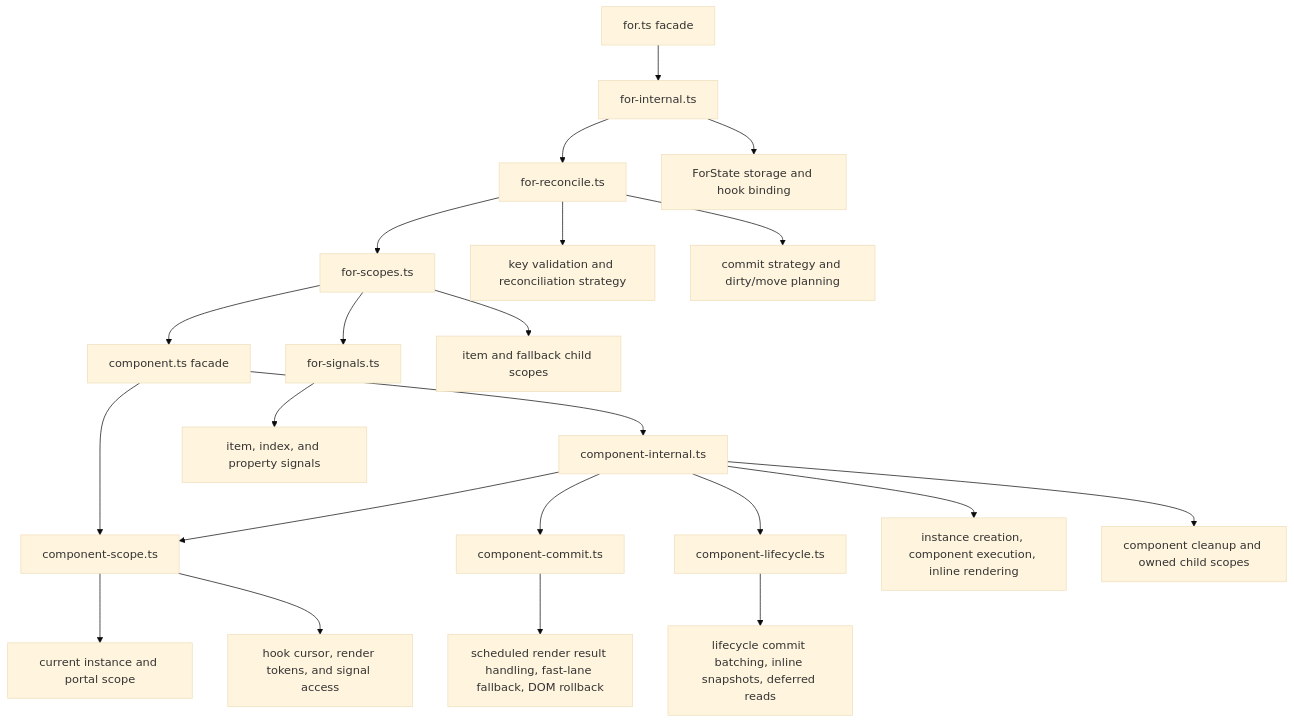
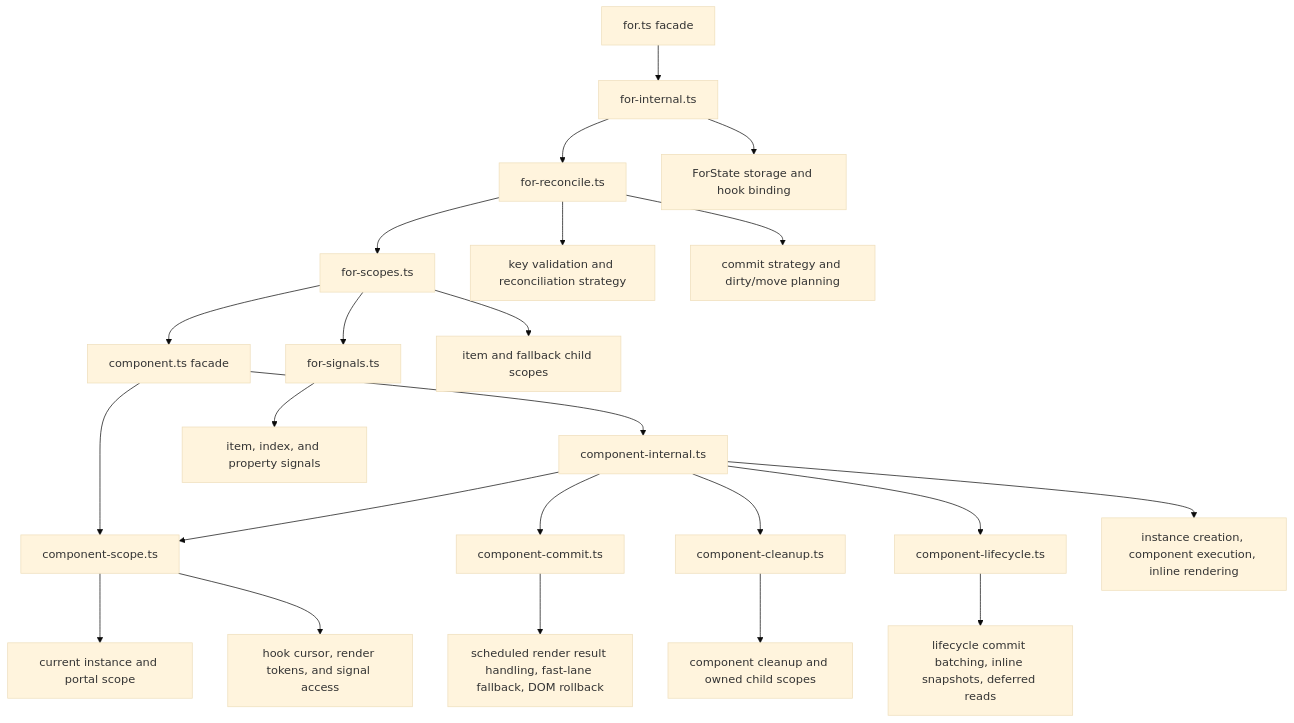
One commit to askrjs/askr changed the third of 7 diagrams in docs/internals/runtime-reactivity.md. Above: the diagram before and after it, drawn with Mermaid (base theme). The commit also changed other lines of this file and 4 other files, not shown here.

Commit message:
Split component cleanup ownership

````diff
--- a/docs/internals/runtime-reactivity.md
+++ b/docs/internals/runtime-reactivity.md
@@ -74,47 +74,49 @@
 ```mermaid
 flowchart TB
   componentFacade[component.ts facade]
   componentCore[component-internal.ts]
+  componentCleanup[component-cleanup.ts]
   componentScope[component-scope.ts]
   componentCommit[component-commit.ts]
   componentLifecycle[component-lifecycle.ts]
   current[current instance and portal scope]
   renderScope[hook cursor, render tokens, and signal access]
   scheduledCommit[scheduled render result handling, fast-lane fallback, DOM rollback]
   lifecycle[lifecycle commit batching, inline snapshots, deferred reads]
   render[instance creation, component execution, inline rendering]
   cleanup[component cleanup and owned child scopes]
 
   forFacade[for.ts facade]
   forCore[for-internal.ts]
   forReconcile[for-reconcile.ts]
   forScopes[for-scopes.ts]
   forSignals[for-signals.ts]
   forState[ForState storage and hook binding]
   itemSignals[item, index, and property signals]
   reconcile[key validation and reconciliation strategy]
   commitPlanning[commit strategy and dirty/move planning]
   scopeOwnership[item and fallback child scopes]
 
   componentFacade --> componentCore
   componentFacade --> componentScope
   componentCore --> componentScope
   componentCore --> componentCommit
+  componentCore --> componentCleanup
   componentScope --> current
   componentScope --> renderScope
   componentCore --> componentLifecycle
   componentCommit --> scheduledCommit
   componentLifecycle --> lifecycle
   componentCore --> render
-  componentCore --> cleanup
+  componentCleanup --> cleanup
   forFacade --> forCore
   forCore --> forState
   forCore --> forReconcile
   forReconcile --> reconcile
   forReconcile --> commitPlanning
   forReconcile --> forScopes
   forScopes --> forSignals
   forSignals --> itemSignals
   forScopes --> scopeOwnership
   forScopes --> componentFacade
 ```
````
